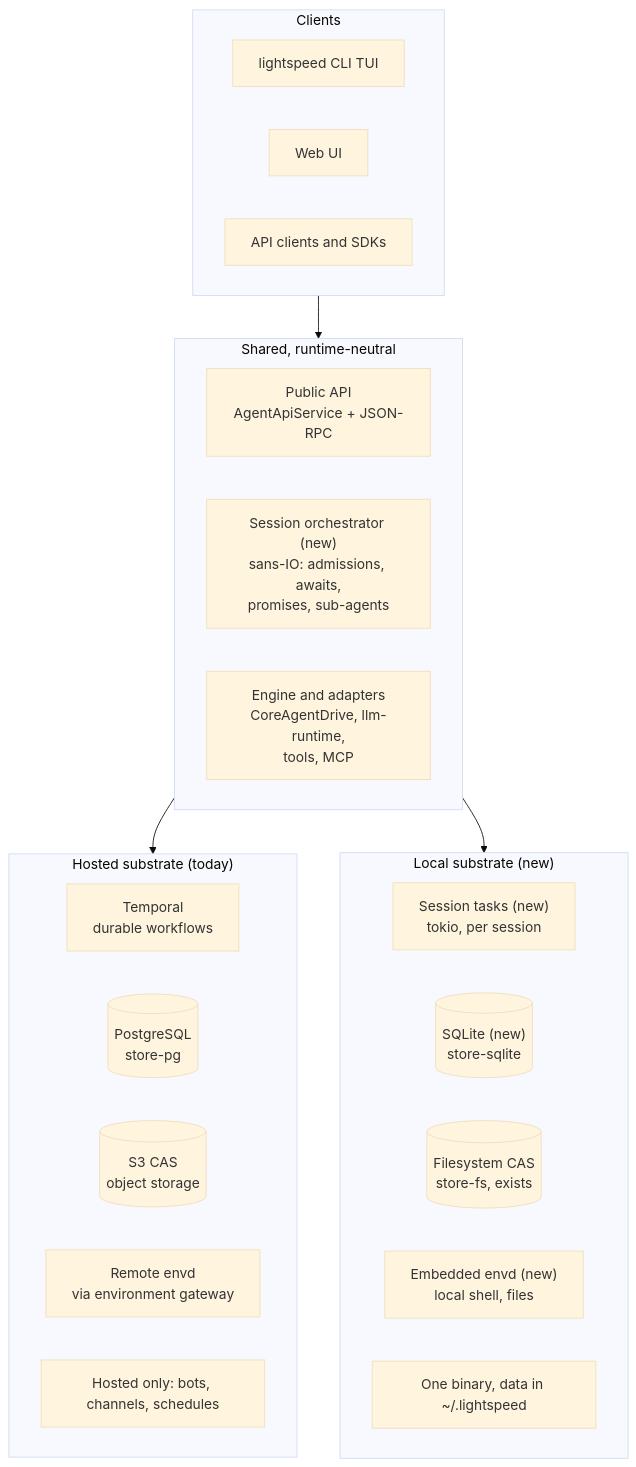
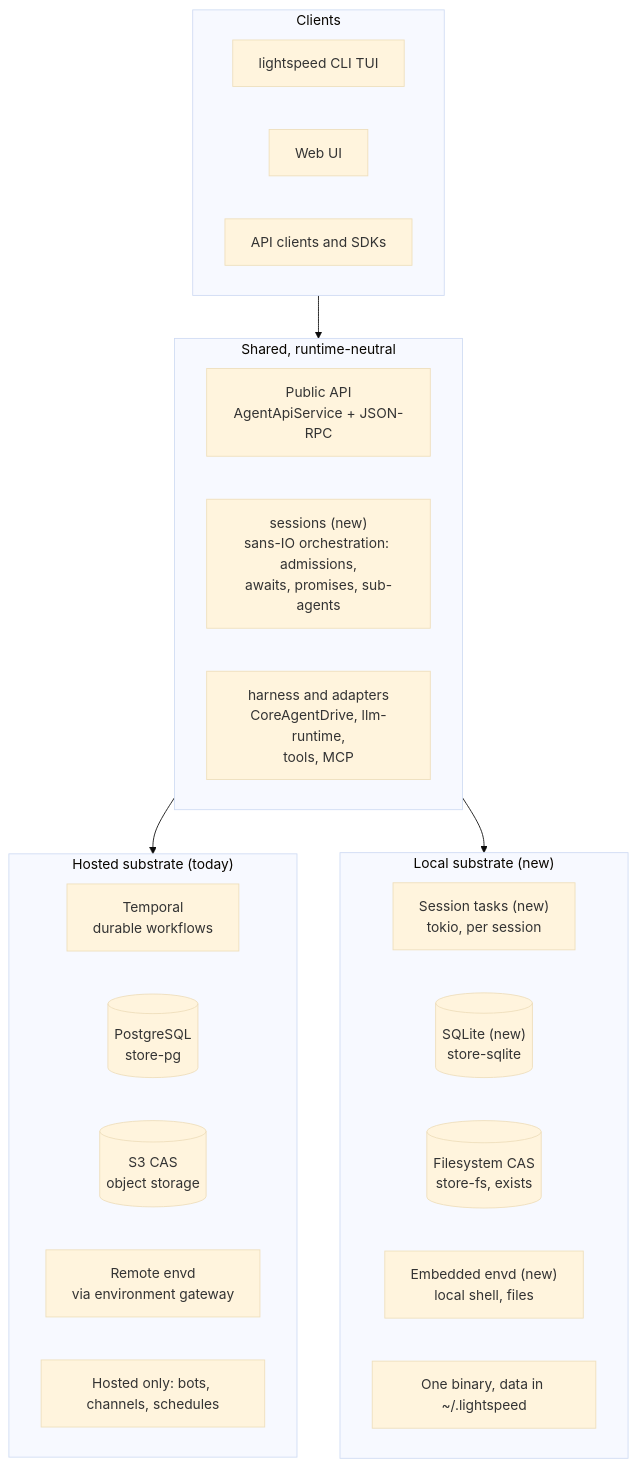
One commit to smartcomputer-ai/lightspeed changed the diagram in docs/roadmap/later/pNNN-local-runtime-without-temporal.md. Above: the diagram before and after it, drawn with Mermaid (base theme). The commit also changed other lines of this file, not shown here.

Commit message:
local runtime

````diff
--- a/docs/roadmap/later/pNNN-local-runtime-without-temporal.md
+++ b/docs/roadmap/later/pNNN-local-runtime-without-temporal.md
@@ -118,30 +149,30 @@
 ```mermaid
 flowchart TD
   subgraph Clients
     CLI[lightspeed CLI TUI]
     Web[Web UI]
     SDK[API clients and SDKs]
   end
   subgraph Shared["Shared, runtime-neutral"]
     API["Public API<br/>AgentApiService + JSON-RPC"]
-    Orch["Session orchestrator (new)<br/>sans-IO: admissions, awaits,<br/>promises, sub-agents"]
-    Engine["Engine and adapters<br/>CoreAgentDrive, llm-runtime,<br/>tools, MCP"]
+    Orch["sessions (new)<br/>sans-IO orchestration: admissions,<br/>awaits, promises, sub-agents"]
+    Engine["harness and adapters<br/>CoreAgentDrive, llm-runtime,<br/>tools, MCP"]
   end
   subgraph Hosted["Hosted substrate (today)"]
     Temporal["Temporal<br/>durable workflows"]
     PG[("PostgreSQL<br/>store-pg")]
     S3[("S3 CAS<br/>object storage")]
     RemoteEnvd["Remote envd<br/>via environment gateway"]
     HostedOnly["Hosted only: bots, channels, schedules"]
   end
   subgraph Local["Local substrate (new)"]
     Tasks["Session tasks (new)<br/>tokio, per session"]
     SQLite[("SQLite (new)<br/>store-sqlite")]
     FsCas[("Filesystem CAS<br/>store-fs, exists")]
     EmbeddedEnvd["Embedded envd (new)<br/>local shell, files"]
     OneBinary["One binary, data in ~/.lightspeed"]
   end
   Clients --> Shared
   Shared --> Hosted
   Shared --> Local
 ```
````
